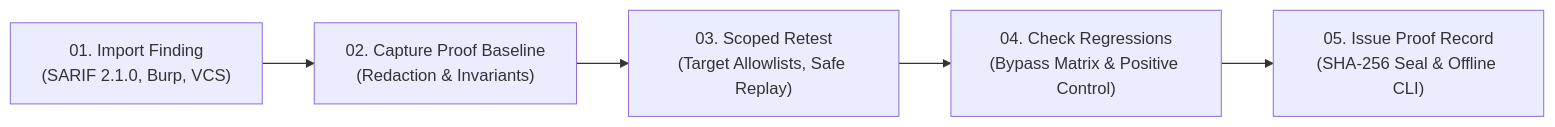
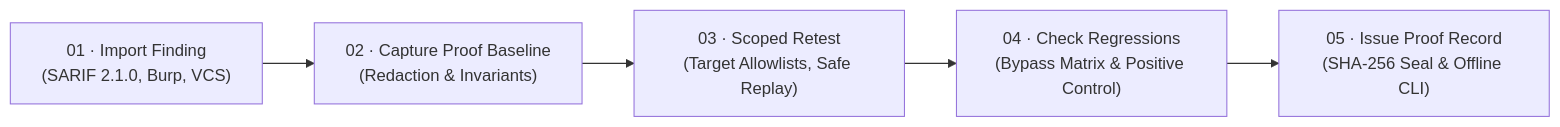
Before and after one commit to salman2610/ProofLayer: the diagram in README.md, drawn with Mermaid. The commit also changed other lines of this file, not shown here.

````diff
--- a/README.md
+++ b/README.md
@@ -11,7 +49,7 @@
 ```mermaid
 graph LR
-    A["01. Import Finding<br/>(SARIF 2.1.0, Burp, VCS)"] --> B["02. Capture Proof Baseline<br/>(Redaction & Invariants)"]
-    B --> C["03. Scoped Retest<br/>(Target Allowlists, Safe Replay)"]
-    C --> D["04. Check Regressions<br/>(Bypass Matrix & Positive Control)"]
-    D --> E["05. Issue Proof Record<br/>(SHA-256 Seal & Offline CLI)"]
+    A["01 · Import Finding<br/>(SARIF 2.1.0, Burp, VCS)"] --> B["02 · Capture Proof Baseline<br/>(Redaction & Invariants)"]
+    B --> C["03 · Scoped Retest<br/>(Target Allowlists, Safe Replay)"]
+    C --> D["04 · Check Regressions<br/>(Bypass Matrix & Positive Control)"]
+    D --> E["05 · Issue Proof Record<br/>(SHA-256 Seal & Offline CLI)"]
 ```
````
